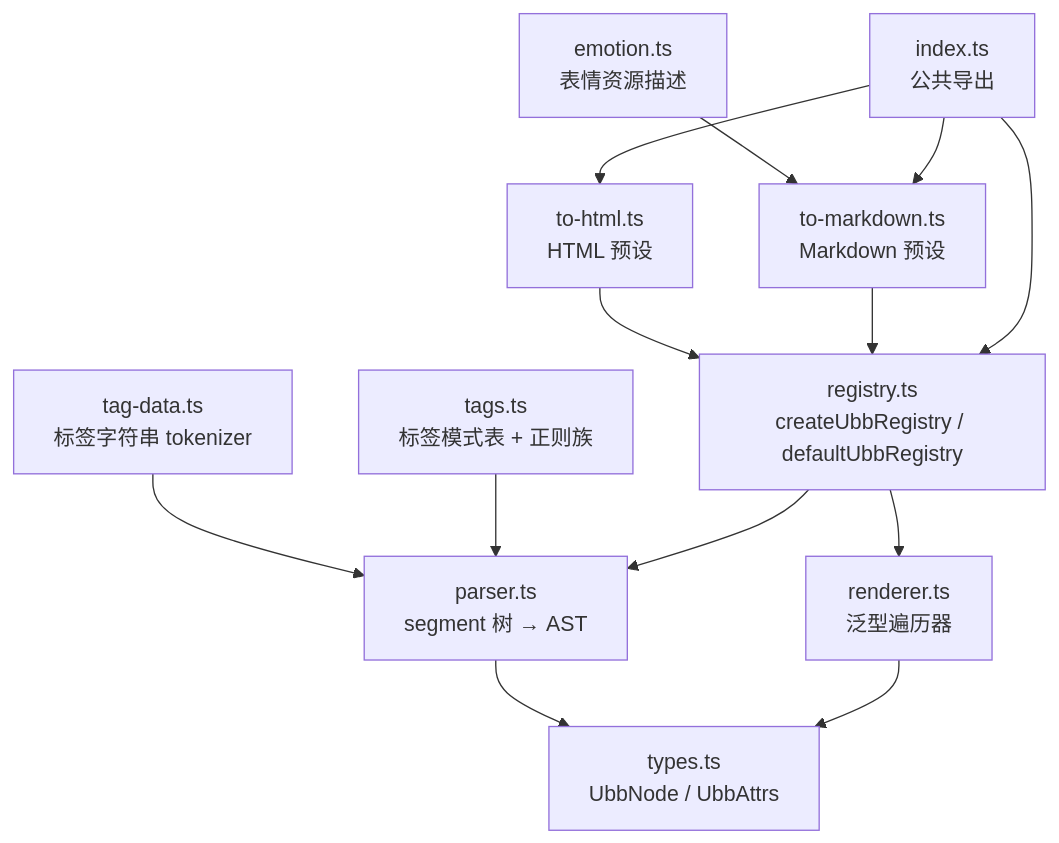
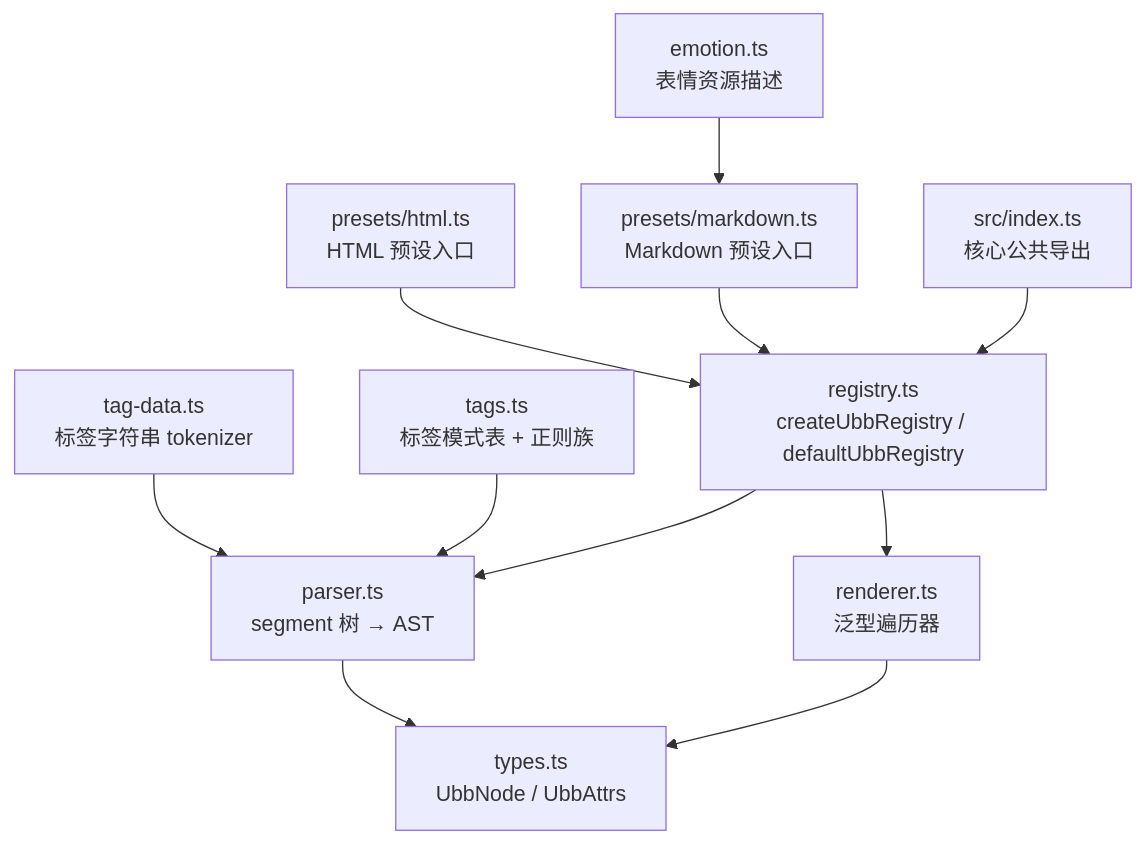
One commit to shellRaining/cc98 changed the first of 2 diagrams in packages/ubb/ARCHITECTURE.md. Above: the diagram before and after it, drawn with Mermaid. The commit also changed other lines of this file and 15 other files, not shown here.

First line of the commit message:
refactor(ubb): 拆分 HTML 与 Markdown 预设入口 (#77)

````diff
--- a/packages/ubb/ARCHITECTURE.md
+++ b/packages/ubb/ARCHITECTURE.md
@@ -7,26 +7,24 @@
 ```mermaid
 graph TD
   types["types.ts<br/>UbbNode / UbbAttrs"]
   tagData["tag-data.ts<br/>标签字符串 tokenizer"]
   tags["tags.ts<br/>标签模式表 + 正则族"]
   parser["parser.ts<br/>segment 树 → AST"]
   registry["registry.ts<br/>createUbbRegistry / defaultUbbRegistry"]
   renderer["renderer.ts<br/>泛型遍历器"]
   emotion["emotion.ts<br/>表情资源描述"]
-  toHtml["to-html.ts<br/>HTML 预设"]
-  toMarkdown["to-markdown.ts<br/>Markdown 预设"]
-  index["index.ts<br/>公共导出"]
+  toHtml["presets/html.ts<br/>HTML 预设入口"]
+  toMarkdown["presets/markdown.ts<br/>Markdown 预设入口"]
+  index["src/index.ts<br/>核心公共导出"]
 
   tagData --> parser
   tags --> parser
   parser --> types
   registry --> parser
   registry --> renderer
   renderer --> types
   emotion --> toMarkdown
   toHtml --> registry
   toMarkdown --> registry
   index --> registry
-  index --> toHtml
-  index --> toMarkdown
 ```
````
